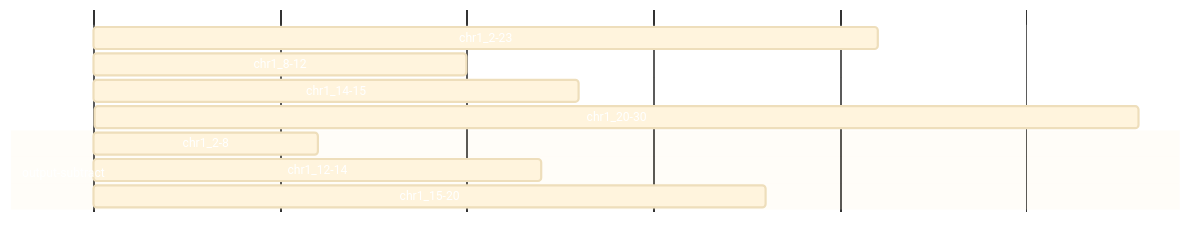
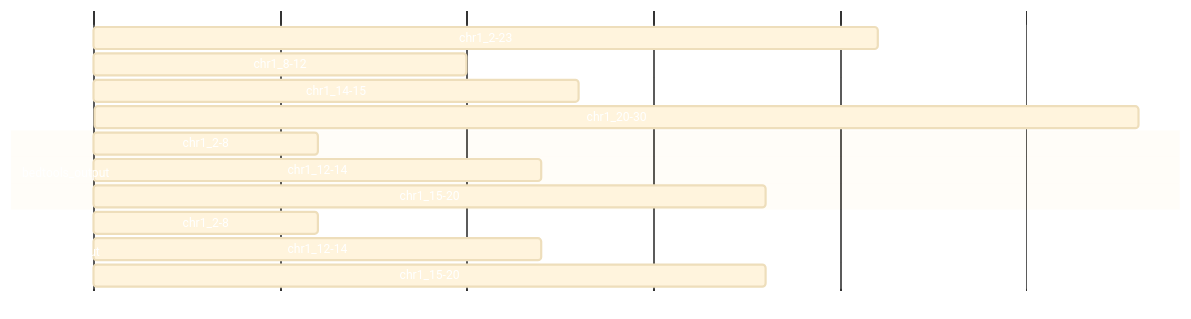
Before and after one commit to brentp/bedder-docs: the seventh of 15 diagrams in docs/subcommands/intersection.md, drawn with Mermaid.

Commit message:
fix sections

````diff
--- a/docs/subcommands/intersection.md
+++ b/docs/subcommands/intersection.md
@@ -252,17 +252,21 @@
 ```mermaid
 %%{init: {'theme':'base', 'themeVariables': {'primaryTextColor': '#ffffff', 'tertiaryTextColor': '#ffffff', 'sectionBkgColor': '#ffffff', 'altSectionBkgColor': '#ffffff', 'gridColor': '#777777', 'section0': '#ffffff', 'section1': '#ffffff', 'section2': '#ffffff', 'section3': '#ffffff', 'taskTextColor': '#ffffff', 'altTaskTextColor': '#ffffff', 'textColor': '#ffffff'}}}%%
 gantt
     dateFormat X
     axisFormat %s
 
     section aa
     chr1_2-23 :0, 21
     section bb
     chr1_8-12 :6, 10
     chr1_14-15 :12, 13
     chr1_20-30 :18, 28
-    section output-subtract
+    section bedtools_output
+    chr1_2-8 :0, 6
+    chr1_12-14 :10, 12
+    chr1_15-20 :13, 18
+    section bedder_output
     chr1_2-8 :0, 6
     chr1_12-14 :10, 12
     chr1_15-20 :13, 18
 ```
````
